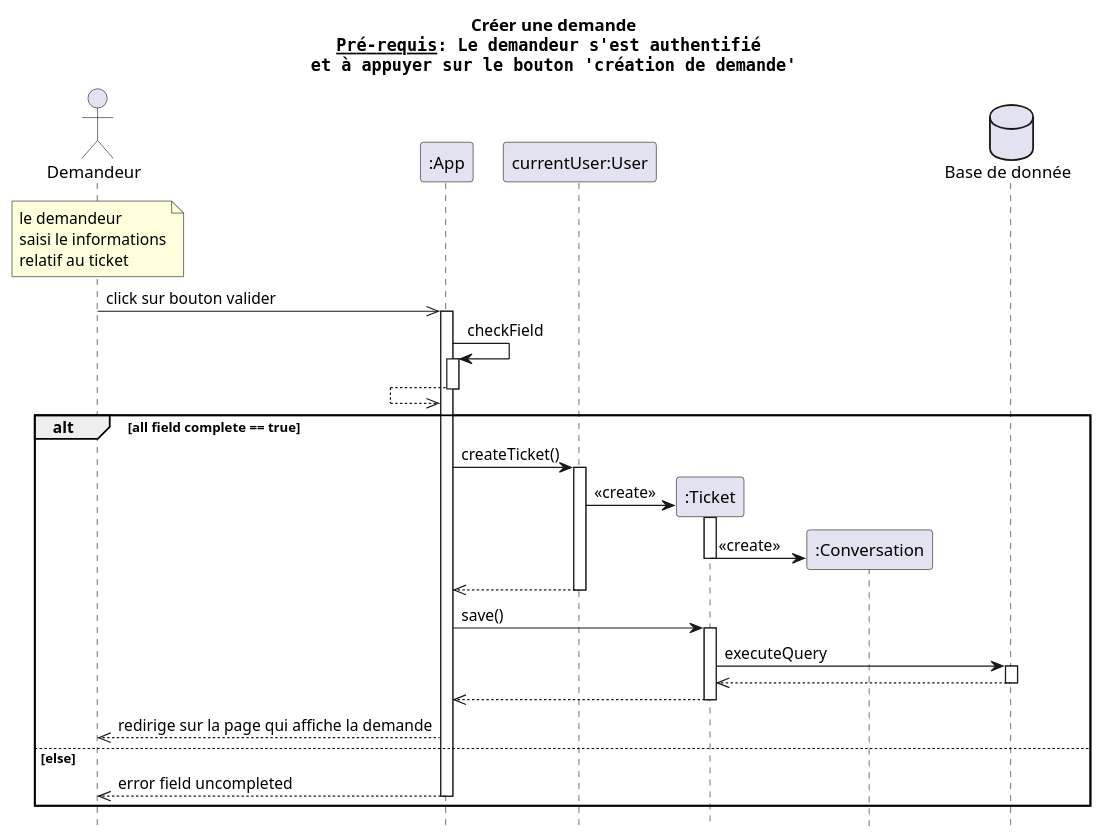
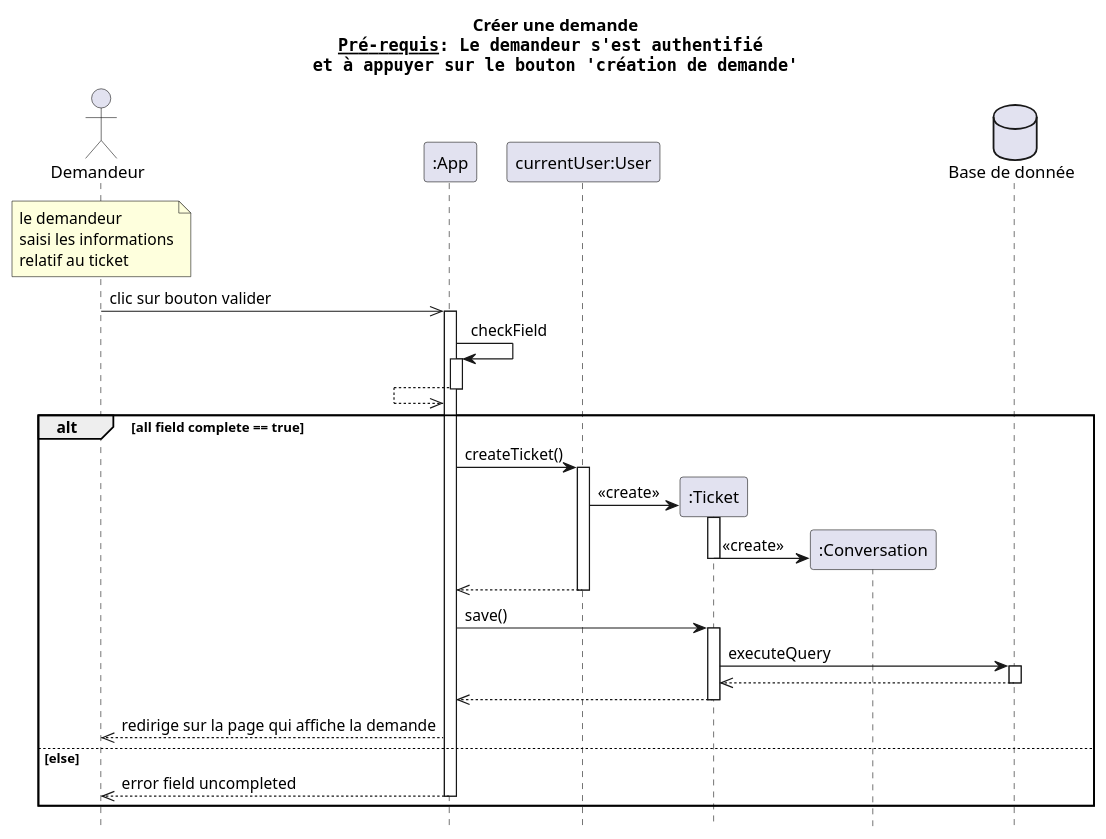
One commit to dorianleveque/CoHub changed the diagram in docs/UML/diagrammes séquence/creer une demande.puml. Above: the diagram before and after it, drawn with PlantUML. The commit also changed 6 other files, not shown here.

```diff
--- a/docs/UML/diagrammes séquence/creer une demande.puml
+++ b/docs/UML/diagrammes séquence/creer une demande.puml
@@ -1,45 +1,45 @@
 @startuml créer une demande
 title Créer une demande\n""__Pré-requis__: Le demandeur s'est authentifié ""\n""et à appuyer sur le bouton 'création de demande'""
 
 actor client as "Demandeur" order 1
 participant app as ":App"   order 2
 participant user as "currentUser:User" order 3
 database bdd as "Base de donnée" order 6
 hide footbox
 
-note over client : le demandeur\nsaisi le informations\nrelatif au ticket
-client ->> app: click sur bouton valider
+note over client : le demandeur\nsaisi les informations\nrelatif au ticket
+client ->> app: clic sur bouton valider
 activate app
 
 app -> app : checkField
 activate app
 app <<-- app
 deactivate app
 alt all field complete == true
     app -> user: createTicket()
     activate user
     create ticket as ":Ticket" order 4
     user -> ticket: <<create>>
     create conv as ":Conversation" order 5 
     activate ticket
     ticket -> conv : <<create>>
     deactivate ticket
     app <<--user : 
     deactivate user
 
     app -> ticket: save()
     activate ticket
     ticket -> bdd : executeQuery
     activate bdd
     ticket <<-- bdd
     deactivate bdd
     app <<-- ticket
     deactivate ticket
     client <<-- app: redirige sur la page qui affiche la demande
 else else
     client <<-- app: error field uncompleted
     deactivate app
 end
 
 
 @enduml
```
